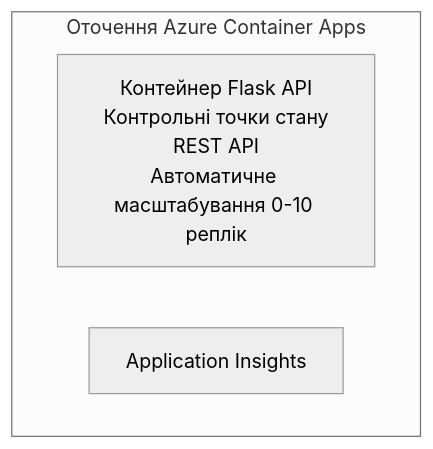
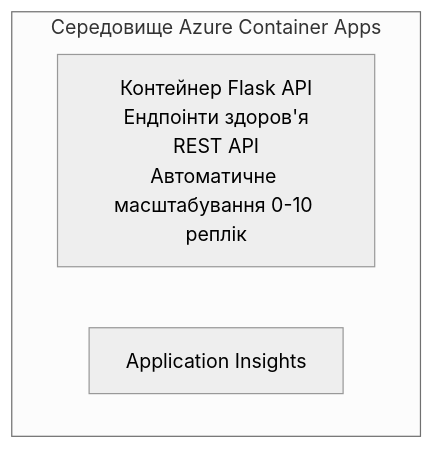
The diagram in translations/uk/examples/container-app/simple-flask-api/README.md (microsoft/AZD-for-beginners), drawn with Mermaid (neutral theme) before and after one commit. The commit also changed other lines of this file and 104 other files, not shown here.

````diff
--- a/translations/uk/examples/container-app/simple-flask-api/README.md
+++ b/translations/uk/examples/container-app/simple-flask-api/README.md
@@ -26,7 +26,7 @@
 ```mermaid
 graph TD
-    subgraph ACA[Оточення Azure Container Apps]
-        Flask[Контейнер Flask API<br/>Контрольні точки стану<br/>REST API<br/>Автоматичне масштабування 0-10 реплік]
+    subgraph ACA[Середовище Azure Container Apps]
+        Flask[Контейнер Flask API<br/>Ендпоінти здоров'я<br/>REST API<br/>Автоматичне масштабування 0-10 реплік]
         AppInsights[Application Insights]
     end
 ```
````
